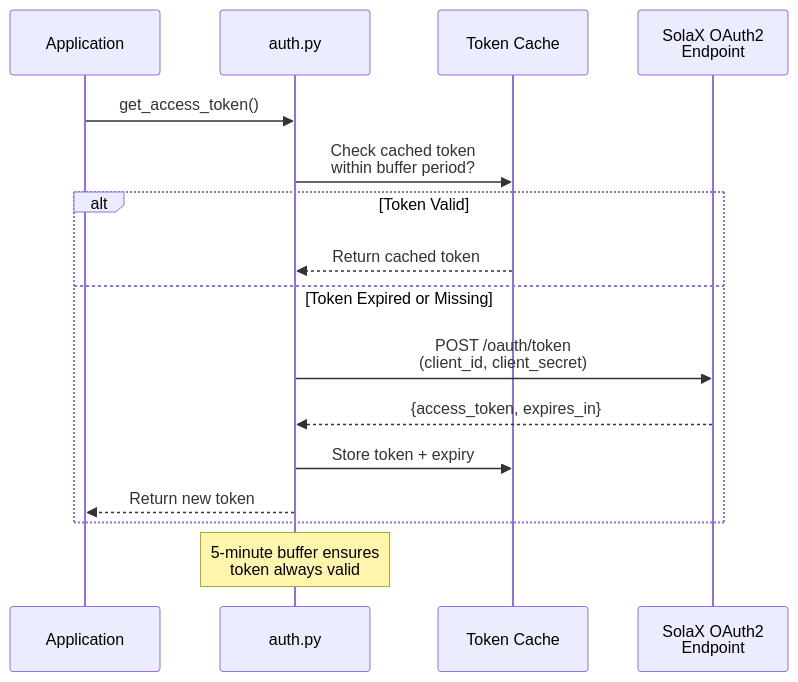
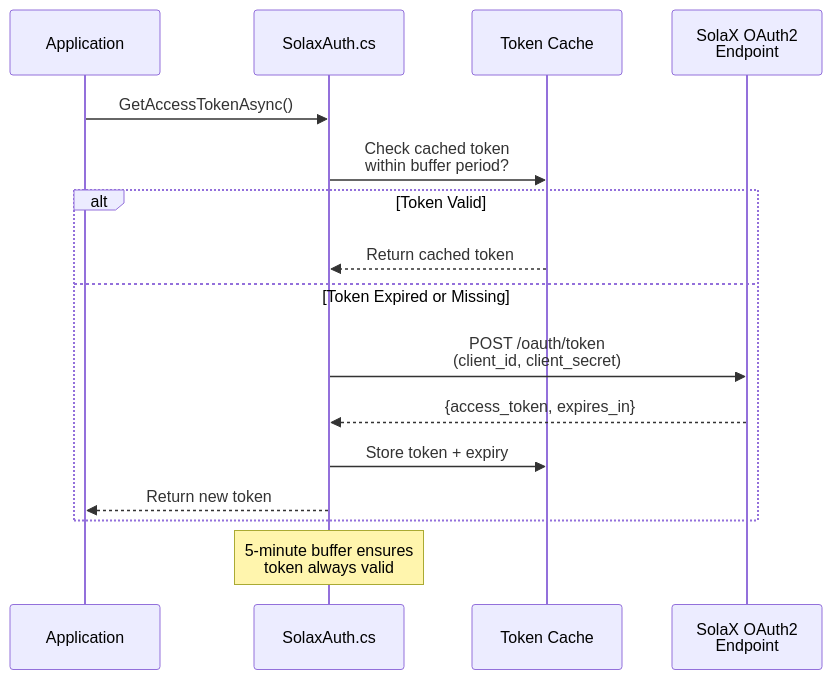
The third of 12 diagrams in ARCHITECTURE.md (tomkor/solax-cloud-mcp), drawn with Mermaid before and after one commit. The commit also changed other lines of this file and 73 other files, not shown here.

````diff
--- a/ARCHITECTURE.md
+++ b/ARCHITECTURE.md
@@ -154,21 +156,21 @@
 ```mermaid
 sequenceDiagram
     participant App as Application
-    participant Auth as auth.py
+    participant Auth as SolaxAuth.cs
     participant Cache as Token Cache
     participant SolaxAuth as SolaX OAuth2<br/>Endpoint
     
-    App->>Auth: get_access_token()
+    App->>Auth: GetAccessTokenAsync()
     Auth->>Cache: Check cached token<br/>within buffer period?
     
     alt Token Valid
         Cache-->>Auth: Return cached token
     else Token Expired or Missing
         Auth->>SolaxAuth: POST /oauth/token<br/>(client_id, client_secret)
         SolaxAuth-->>Auth: {access_token, expires_in}
         Auth->>Cache: Store token + expiry
         Auth-->>App: Return new token
     end
     
     Note over Auth: 5-minute buffer ensures<br/>token always valid
 ```
````
